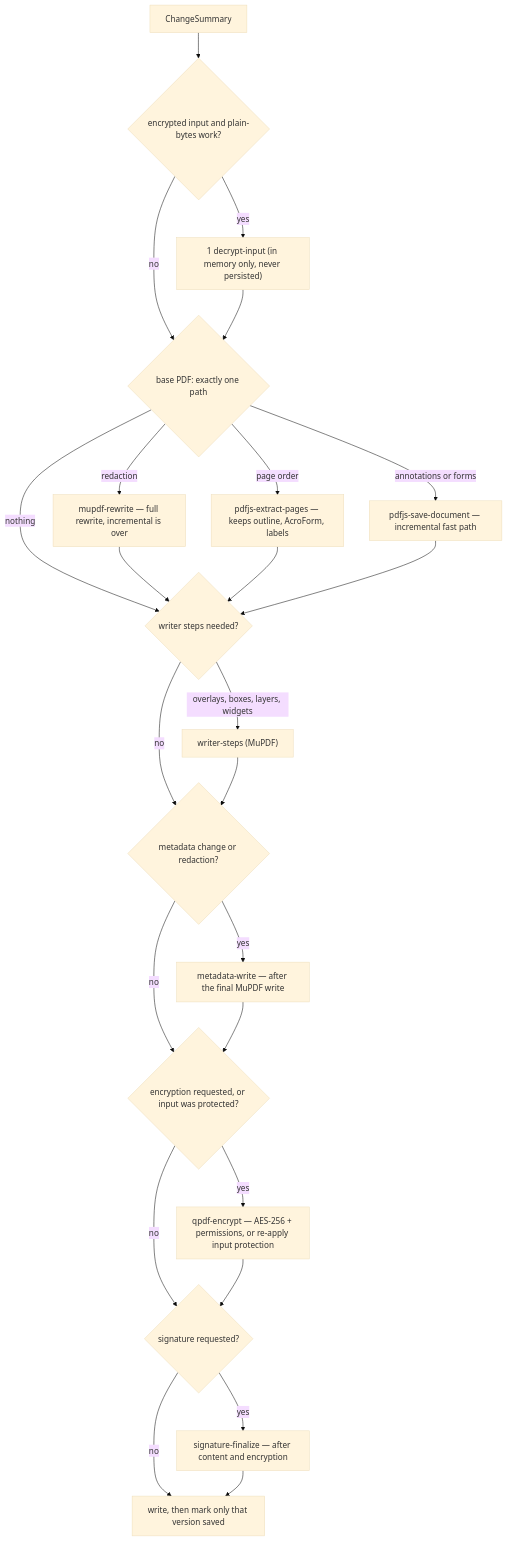
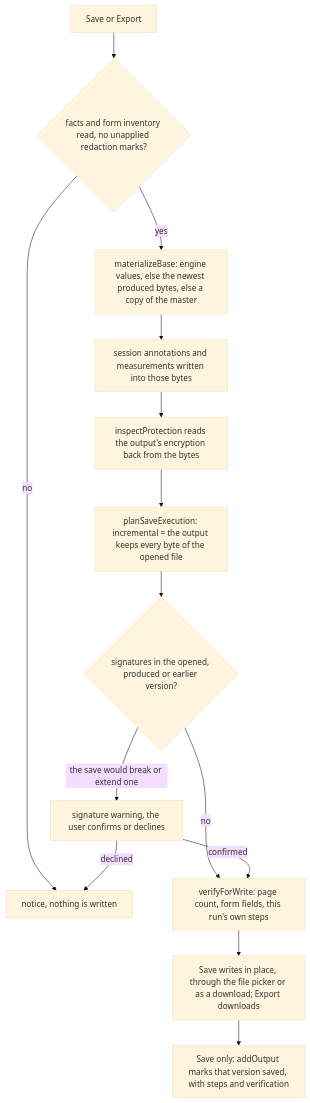
One commit to isolmaz/ss-pdf-editor changed the second of 4 diagrams in docs/architecture.md. Above: the diagram before and after it, drawn with Mermaid (base theme). The commit also changed other lines of this file and 56 other files, not shown here.

````diff
--- a/docs/architecture.md
+++ b/docs/architecture.md
@@ -284,26 +289,16 @@
 ```mermaid
 flowchart TD
-    A["ChangeSummary"] --> B{"encrypted input and plain-bytes work?"}
-    B -->|yes| C["1 decrypt-input (in memory only, never persisted)"]
-    B -->|no| D
-    C --> D{"base PDF: exactly one path"}
-    D -->|redaction| E["mupdf-rewrite — full rewrite, incremental is over"]
-    D -->|page order| F["pdfjs-extract-pages — keeps outline, AcroForm, labels"]
-    D -->|"annotations or forms"| G["pdfjs-save-document — incremental fast path"]
-    D -->|"nothing"| H
-    E --> H{"writer steps needed?"}
-    F --> H
-    G --> H
-    H -->|"overlays, boxes, layers, widgets"| I["writer-steps (MuPDF)"]
-    H -->|no| J
-    I --> J{"metadata change or redaction?"}
-    J -->|yes| K["metadata-write — after the final MuPDF write"]
-    J -->|no| L
-    K --> L{"encryption requested, or input was protected?"}
-    L -->|yes| M["qpdf-encrypt — AES-256 + permissions, or re-apply input protection"]
-    L -->|no| N
-    M --> N{"signature requested?"}
-    N -->|yes| O["signature-finalize — after content and encryption"]
-    N -->|no| P["write, then mark only that version saved"]
-    O --> P
+    A["Save or Export"] --> B{"facts and form inventory read, no unapplied redaction marks?"}
+    B -->|no| X["notice, nothing is written"]
+    B -->|yes| C["materializeBase: engine values, else the newest produced bytes, else a copy of the master"]
+    C --> D["session annotations and measurements written into those bytes"]
+    D --> E["inspectProtection reads the output's encryption back from the bytes"]
+    E --> F["planSaveExecution: incremental = the output keeps every byte of the opened file"]
+    F --> G{"signatures in the opened, produced or earlier version?"}
+    G -->|no| I["verifyForWrite: page count, form fields, this run's own steps"]
+    G -->|"the save would break or extend one"| H["signature warning, the user confirms or declines"]
+    H -->|declined| X
+    H -->|confirmed| I
+    I --> J["Save writes in place, through the file picker or as a download; Export downloads"]
+    J --> K["Save only: addOutput marks that version saved, with steps and verification"]
 ```
````
